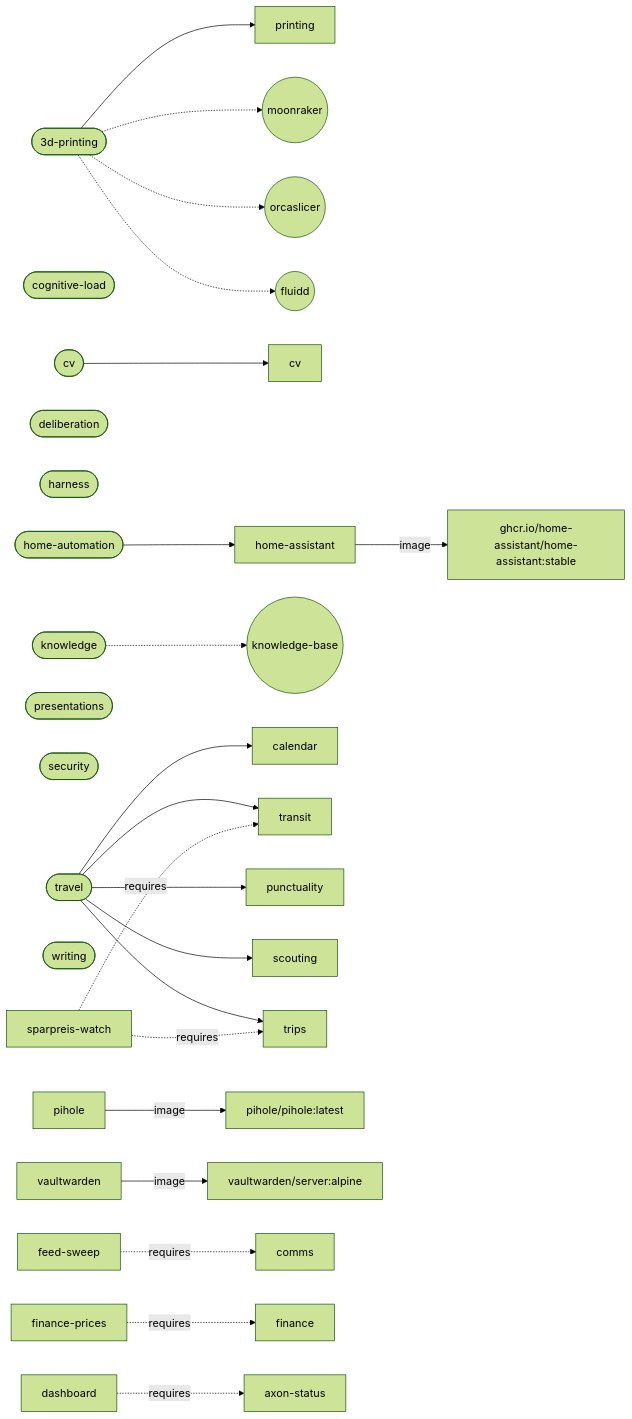
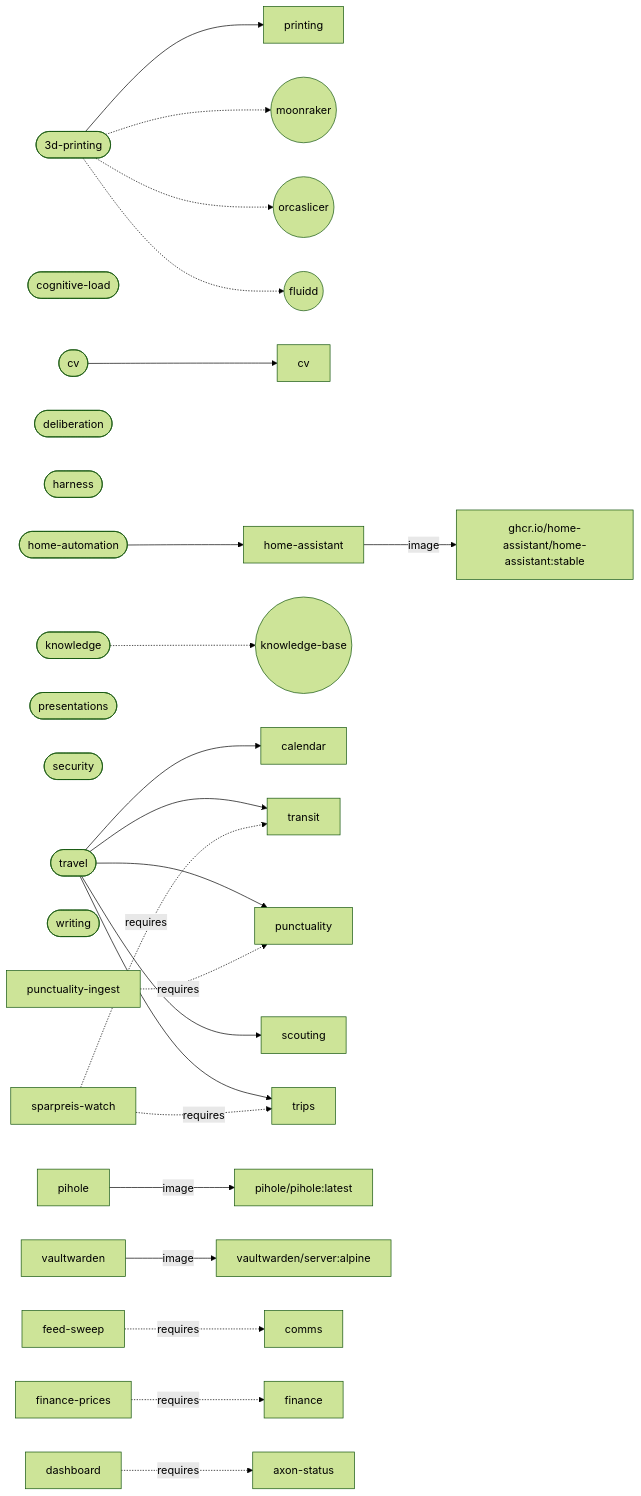
Before and after one commit to larsboes/Axon: the diagram in ARCHITECTURE.md, drawn with Mermaid (forest theme). The commit also changed other lines of this file and 12 other files, not shown here.

````diff
--- a/ARCHITECTURE.md
+++ b/ARCHITECTURE.md
@@ -149,34 +151,35 @@
 ```mermaid
 flowchart LR
   pack_3d_printing(["3d-printing"])
   pack_3d_printing --> cap_printing["printing"]
   pack_3d_printing -.-> sys_moonraker(("moonraker"))
   pack_3d_printing -.-> sys_orcaslicer(("orcaslicer"))
   pack_3d_printing -.-> sys_fluidd(("fluidd"))
   pack_cognitive_load(["cognitive-load"])
   pack_cv(["cv"])
   pack_cv --> cap_cv["cv"]
   pack_deliberation(["deliberation"])
   pack_harness(["harness"])
   pack_home_automation(["home-automation"])
   pack_home_automation --> cap_home_assistant["home-assistant"]
   pack_knowledge(["knowledge"])
   pack_knowledge -.-> sys_knowledge_base(("knowledge-base"))
   pack_presentations(["presentations"])
   pack_security(["security"])
   pack_travel(["travel"])
   pack_travel --> cap_calendar["calendar"]
   pack_travel --> cap_transit["transit"]
   pack_travel --> cap_punctuality["punctuality"]
   pack_travel --> cap_scouting["scouting"]
   pack_travel --> cap_trips["trips"]
   pack_writing(["writing"])
   cap_home_assistant["home-assistant"] -->|image| img_ghcr_io_home_assistant_home_assistant["ghcr.io/home-assistant/home-assistant:stable"]
   cap_pihole["pihole"] -->|image| img_pihole_pihole["pihole/pihole:latest"]
   cap_vaultwarden["vaultwarden"] -->|image| img_vaultwarden_server["vaultwarden/server:alpine"]
   cap_feed_sweep["feed-sweep"] -.->|requires| cap_comms["comms"]
   cap_finance_prices["finance-prices"] -.->|requires| cap_finance["finance"]
+  cap_punctuality_ingest["punctuality-ingest"] -.->|requires| cap_punctuality["punctuality"]
   cap_sparpreis_watch["sparpreis-watch"] -.->|requires| cap_transit["transit"]
   cap_sparpreis_watch["sparpreis-watch"] -.->|requires| cap_trips["trips"]
   cap_dashboard["dashboard"] -.->|requires| cap_axon_status["axon-status"]
 ```
````
